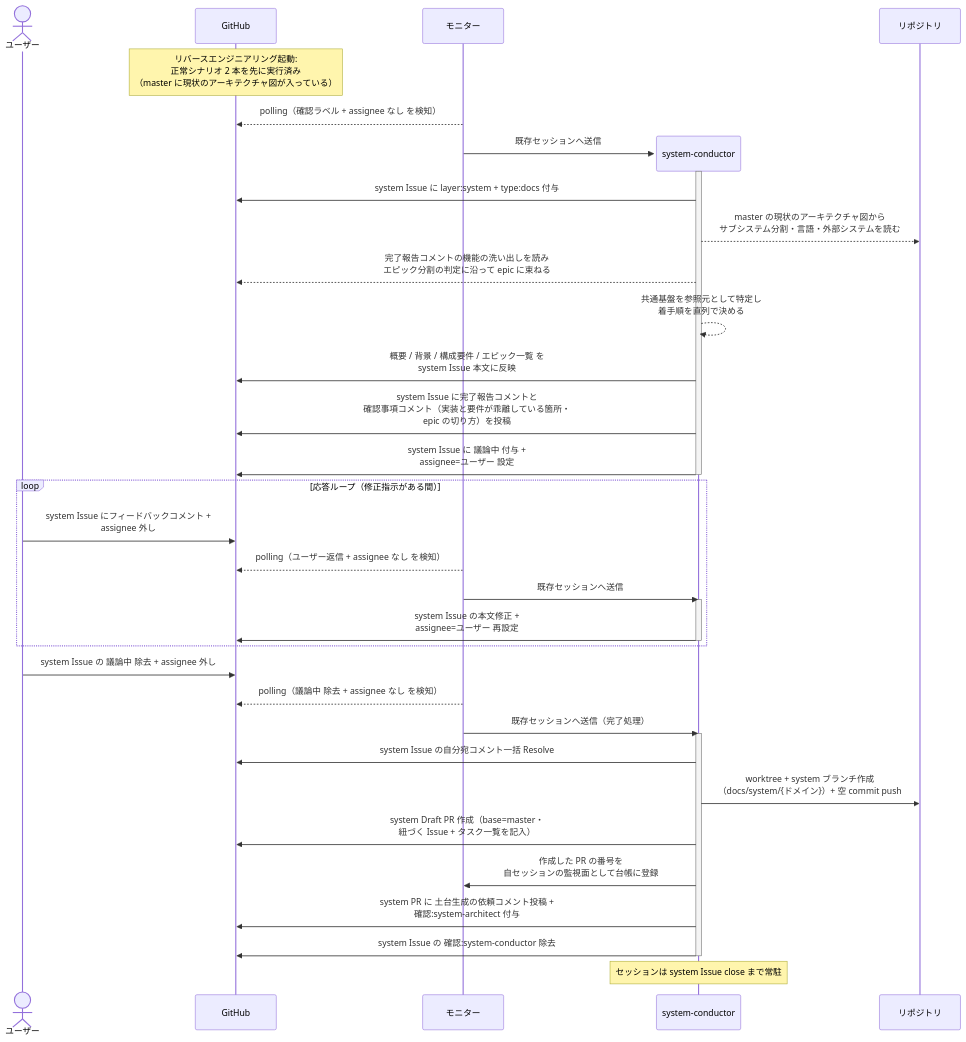
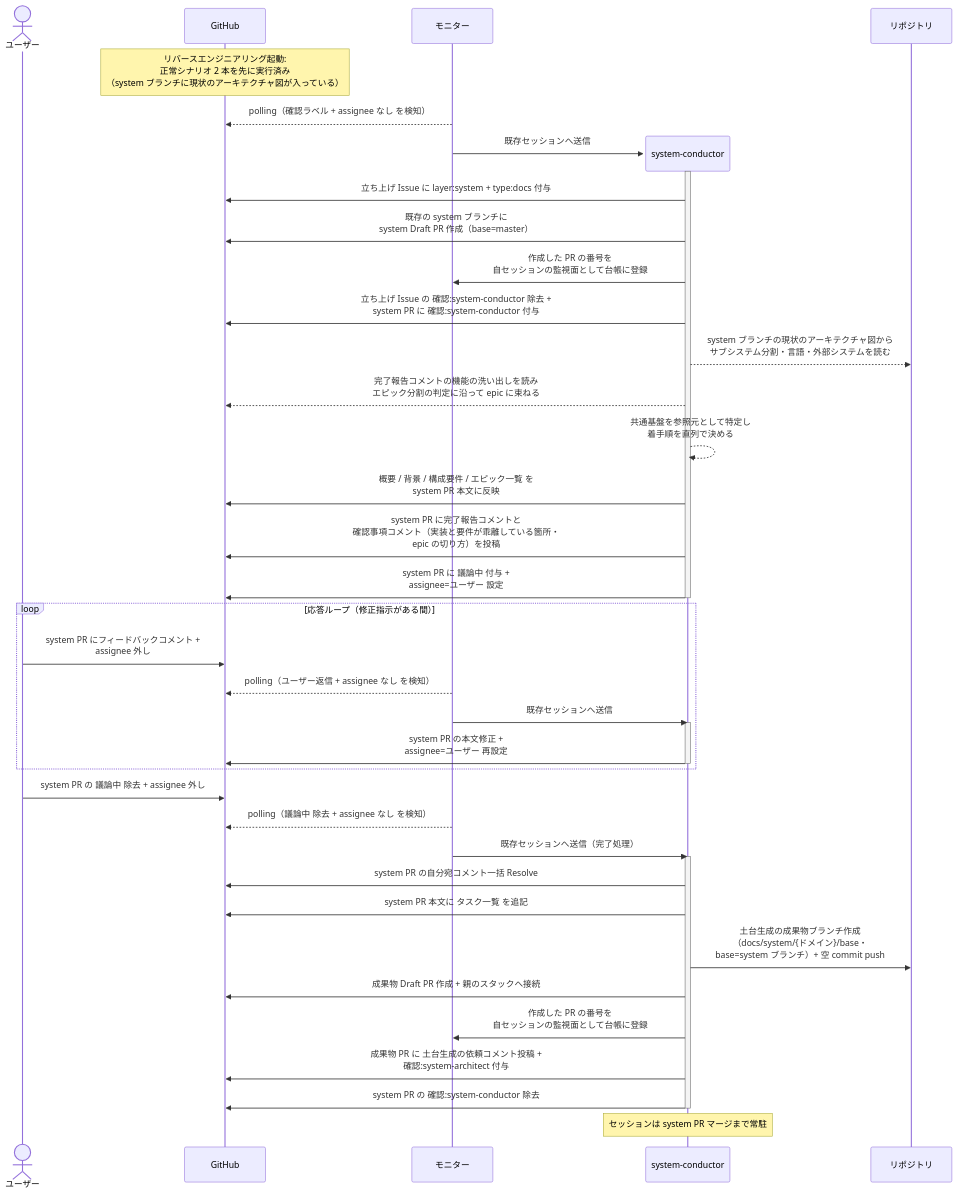
The third of 3 diagrams in docs/wiki/設計図/シナリオ/単一ユースケース/システム構成確定.md (shuhei1101/ai-monitor), drawn with Mermaid before and after one commit. The commit also changed other lines of this file and 256 other files, not shown here.

````diff
--- a/docs/wiki/設計図/シナリオ/単一ユースケース/システム構成確定.md
+++ b/docs/wiki/設計図/シナリオ/単一ユースケース/システム構成確定.md
@@ -143,43 +153,47 @@
 ```mermaid
 sequenceDiagram
   actor U as ユーザー
   participant GH as GitHub
   participant ORC as モニター
 
-  Note over GH: リバースエンジニアリング起動:<br>正常シナリオ 2 本を先に実行済み<br>（master に現状のアーキテクチャ図が入っている）
+  Note over GH: リバースエンジニアリング起動:<br>正常シナリオ 2 本を先に実行済み<br>（system ブランチに現状のアーキテクチャ図が入っている）
   ORC-->>GH: polling（確認ラベル + assignee なし を検知）
   create participant MON as system-conductor
   ORC->>MON: 既存セッションへ送信
   participant REPO as リポジトリ
   activate MON
-  MON->>GH: system Issue に layer:system + type:docs 付与
-  MON-->>REPO: master の現状のアーキテクチャ図から<br>サブシステム分割・言語・外部システムを読む
+  MON->>GH: 立ち上げ Issue に layer:system + type:docs 付与
+  MON->>GH: 既存の system ブランチに<br>system Draft PR 作成（base=master）
+  MON->>ORC: 作成した PR の番号を<br>自セッションの監視面として台帳に登録
+  MON->>GH: 立ち上げ Issue の 確認:system-conductor 除去 +<br>system PR に 確認:system-conductor 付与
+  MON-->>REPO: system ブランチの現状のアーキテクチャ図から<br>サブシステム分割・言語・外部システムを読む
   MON-->>GH: 完了報告コメントの機能の洗い出しを読み<br>エピック分割の判定に沿って epic に束ねる
   MON-->>MON: 共通基盤を参照元として特定し<br>着手順を直列で決める
-  MON->>GH: 概要 / 背景 / 構成要件 / エピック一覧 を<br>system Issue 本文に反映
-  MON->>GH: system Issue に完了報告コメントと<br>確認事項コメント（実装と要件が乖離している箇所・<br>epic の切り方）を投稿
-  MON->>GH: system Issue に 議論中 付与 +<br>assignee=ユーザー 設定
+  MON->>GH: 概要 / 背景 / 構成要件 / エピック一覧 を<br>system PR 本文に反映
+  MON->>GH: system PR に完了報告コメントと<br>確認事項コメント（実装と要件が乖離している箇所・<br>epic の切り方）を投稿
+  MON->>GH: system PR に 議論中 付与 +<br>assignee=ユーザー 設定
   deactivate MON
 
   loop 応答ループ（修正指示がある間）
-    U->>GH: system Issue にフィードバックコメント +<br>assignee 外し
+    U->>GH: system PR にフィードバックコメント +<br>assignee 外し
     ORC-->>GH: polling（ユーザー返信 + assignee なし を検知）
     ORC->>MON: 既存セッションへ送信
     activate MON
-    MON->>GH: system Issue の本文修正 +<br>assignee=ユーザー 再設定
+    MON->>GH: system PR の本文修正 +<br>assignee=ユーザー 再設定
     deactivate MON
   end
 
-  U->>GH: system Issue の 議論中 除去 + assignee 外し
+  U->>GH: system PR の 議論中 除去 + assignee 外し
   ORC-->>GH: polling（議論中 除去 + assignee なし を検知）
   ORC->>MON: 既存セッションへ送信（完了処理）
   activate MON
-  MON->>GH: system Issue の自分宛コメント一括 Resolve
-  MON->>REPO: worktree + system ブランチ作成<br>（docs/system/{ドメイン}）+ 空 commit push
-  MON->>GH: system Draft PR 作成（base=master・<br>紐づく Issue + タスク一覧を記入）
+  MON->>GH: system PR の自分宛コメント一括 Resolve
+  MON->>GH: system PR 本文に タスク一覧 を追記
+  MON->>REPO: 土台生成の成果物ブランチ作成<br>（docs/system/{ドメイン}/base・<br>base=system ブランチ）+ 空 commit push
+  MON->>GH: 成果物 Draft PR 作成 + 親のスタックへ接続
   MON->>ORC: 作成した PR の番号を<br>自セッションの監視面として台帳に登録
-  MON->>GH: system PR に 土台生成の依頼コメント投稿 +<br>確認:system-architect 付与
-  MON->>GH: system Issue の 確認:system-conductor 除去
+  MON->>GH: 成果物 PR に 土台生成の依頼コメント投稿 +<br>確認:system-architect 付与
+  MON->>GH: system PR の 確認:system-conductor 除去
   deactivate MON
-  Note over MON: セッションは system Issue close まで常駐
+  Note over MON: セッションは system PR マージまで常駐
 ```
````
